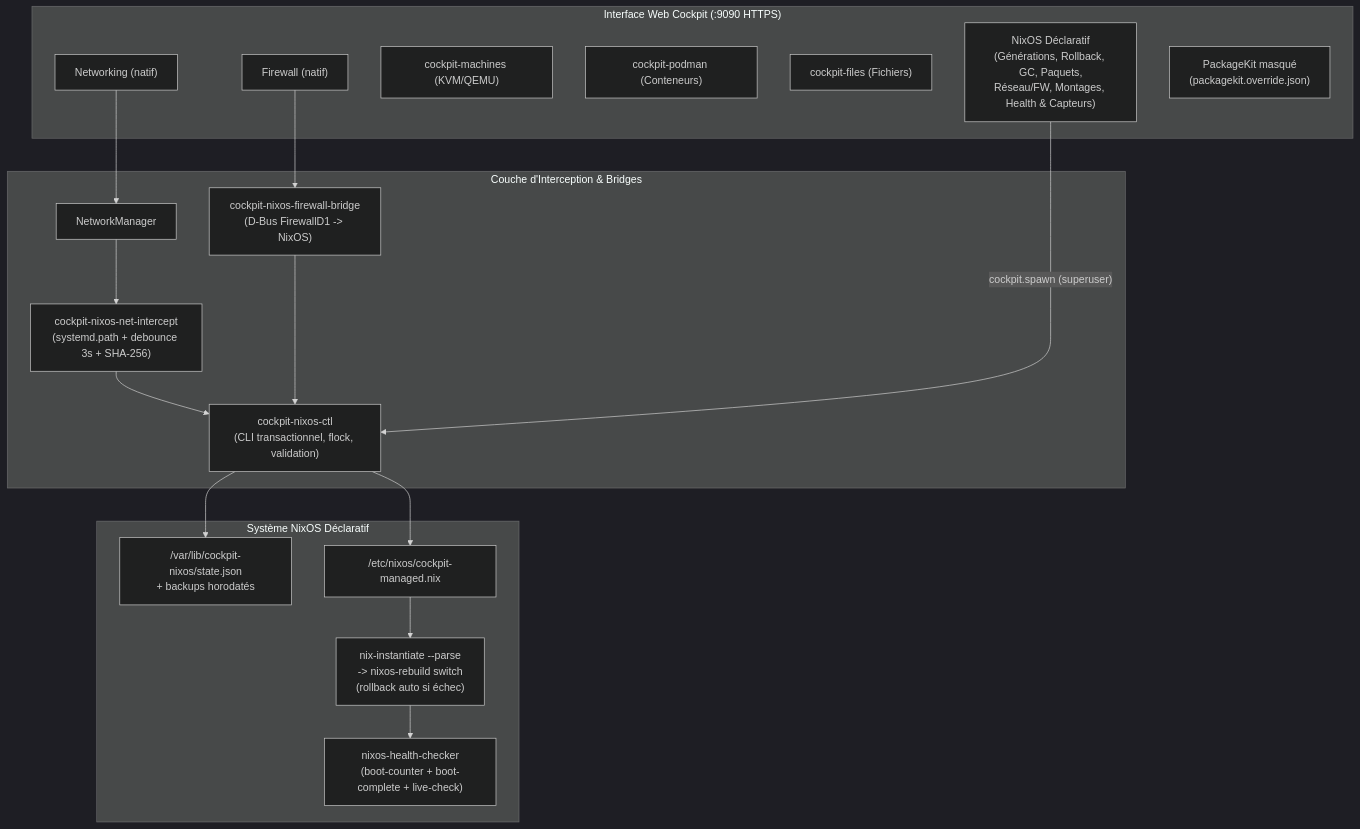
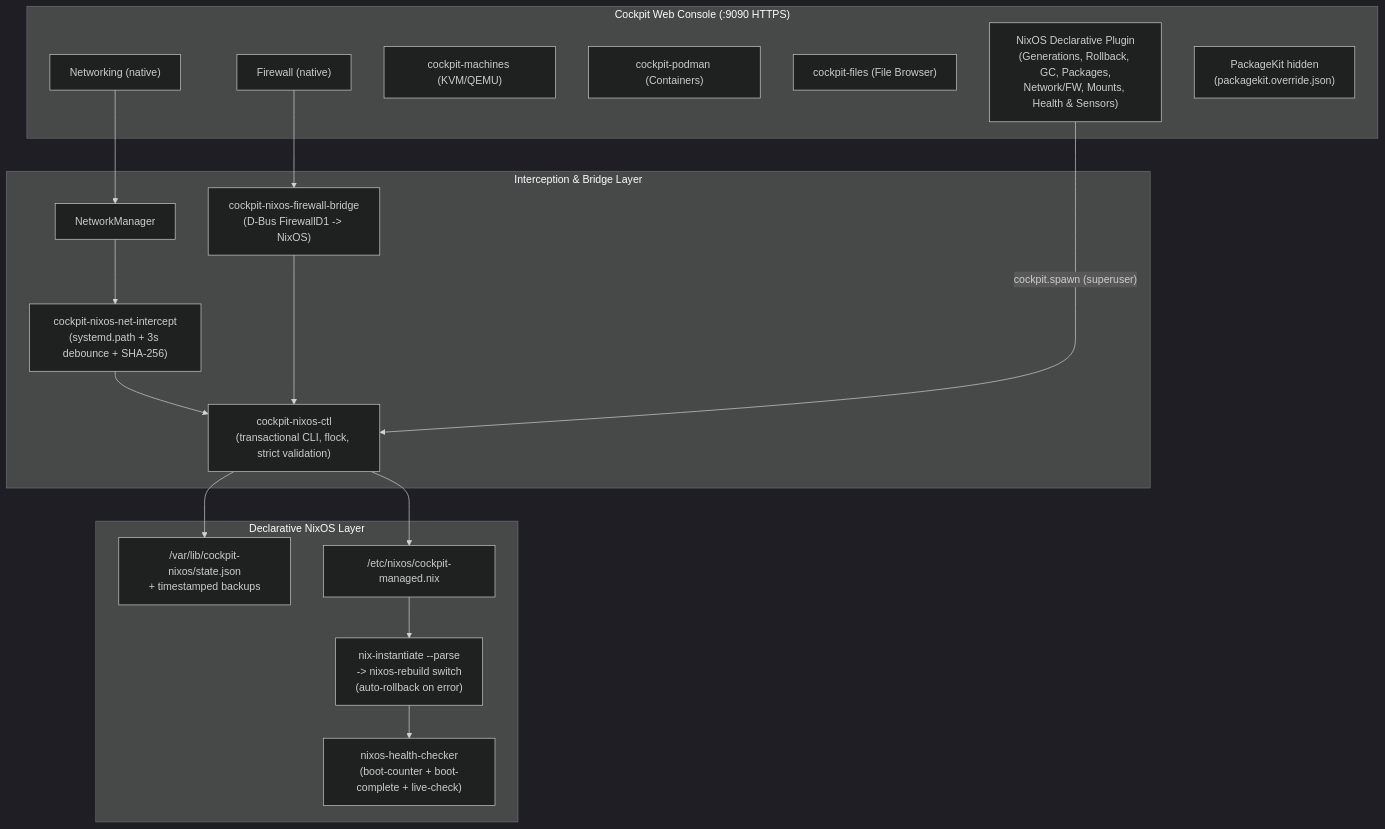
One commit to benjamin7490/nixos-steamdeck-cockpit changed the diagram in README.md. Above: the diagram before and after it, drawn with Mermaid (dark theme). The commit also changed other lines of this file, not shown here.

````diff
--- a/README.md
+++ b/README.md
@@ -148,32 +148,32 @@
 ```mermaid
 flowchart TB
-  subgraph UI["Interface Web Cockpit (:9090 HTTPS)"]
-    P1["Networking (natif)"]
-    P2["Firewall (natif)"]
+  subgraph UI["Cockpit Web Console (:9090 HTTPS)"]
+    P1["Networking (native)"]
+    P2["Firewall (native)"]
     P3["cockpit-machines (KVM/QEMU)"]
-    P4["cockpit-podman (Conteneurs)"]
-    P5["cockpit-files (Fichiers)"]
-    P6["NixOS Déclaratif\n(Générations, Rollback, GC, Paquets,\nRéseau/FW, Montages, Health & Capteurs)"]
-    PK["PackageKit masqué\n(packagekit.override.json)"]
+    P4["cockpit-podman (Containers)"]
+    P5["cockpit-files (File Browser)"]
+    P6["NixOS Declarative Plugin\n(Generations, Rollback, GC, Packages,\nNetwork/FW, Mounts, Health & Sensors)"]
+    PK["PackageKit hidden\n(packagekit.override.json)"]
   end
 
-  subgraph INTERCEPT["Couche d'Interception & Bridges"]
+  subgraph INTERCEPT["Interception & Bridge Layer"]
     NM["NetworkManager"]
-    NETW["cockpit-nixos-net-intercept\n(systemd.path + debounce 3s + SHA-256)"]
+    NETW["cockpit-nixos-net-intercept\n(systemd.path + 3s debounce + SHA-256)"]
     FWB["cockpit-nixos-firewall-bridge\n(D-Bus FirewallD1 -> NixOS)"]
-    CTL["cockpit-nixos-ctl\n(CLI transactionnel, flock, validation)"]
+    CTL["cockpit-nixos-ctl\n(transactional CLI, flock, strict validation)"]
   end
 
-  subgraph NIX["Système NixOS Déclaratif"]
-    STATE["/var/lib/cockpit-nixos/state.json\n+ backups horodatés"]
+  subgraph NIX["Declarative NixOS Layer"]
+    STATE["/var/lib/cockpit-nixos/state.json\n+ timestamped backups"]
     MANAGED["/etc/nixos/cockpit-managed.nix"]
-    REBUILD["nix-instantiate --parse\n-> nixos-rebuild switch\n(rollback auto si échec)"]
+    REBUILD["nix-instantiate --parse\n-> nixos-rebuild switch\n(auto-rollback on error)"]
     HC["nixos-health-checker\n(boot-counter + boot-complete + live-check)"]
   end
 
   P1 --> NM --> NETW --> CTL
   P2 --> FWB --> CTL
   P6 -- "cockpit.spawn (superuser)" --> CTL
   CTL --> STATE
   CTL --> MANAGED --> REBUILD --> HC
 ```
````
